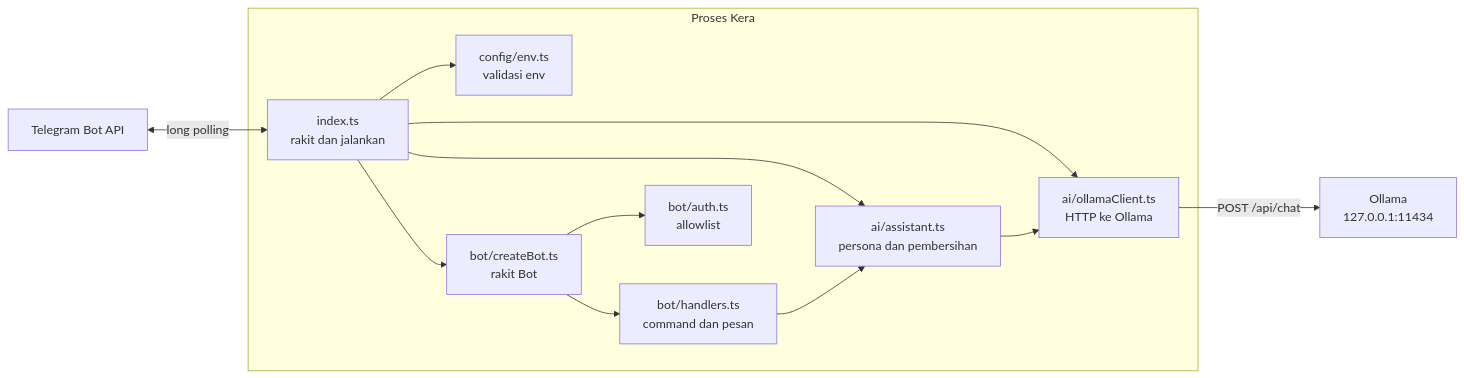
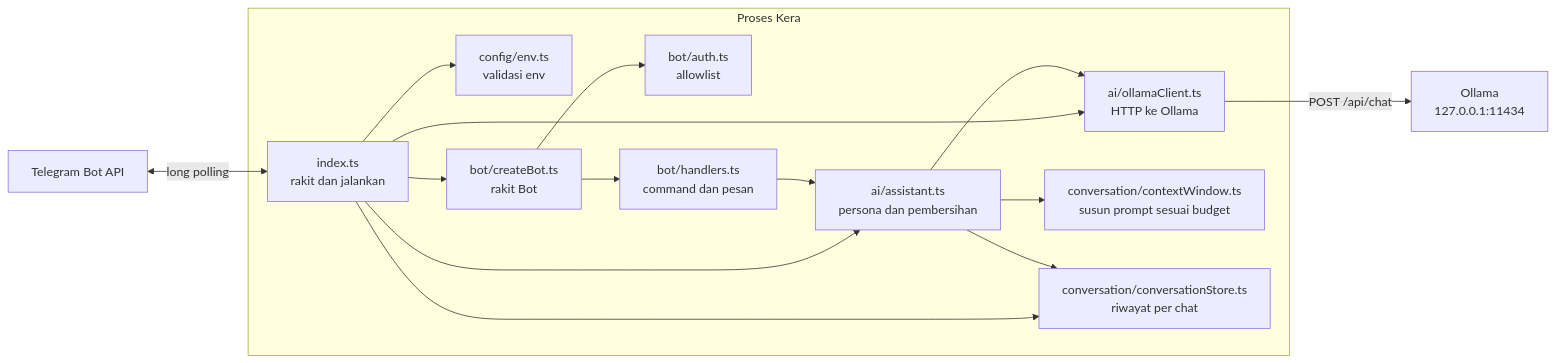
The diagram in docs/learning/02-application-architecture.md (yusufwdn/kera), drawn with Mermaid before and after one commit. The commit also changed other lines of this file and 6 other files, not shown here.

````diff
--- a/docs/learning/02-application-architecture.md
+++ b/docs/learning/02-application-architecture.md
@@ -8,25 +8,30 @@
 ```mermaid
 flowchart LR
   TG[Telegram Bot API] <-->|long polling| IDX
   OL[Ollama<br/>127.0.0.1:11434]
 
   subgraph Proses Kera
     IDX[index.ts<br/>rakit dan jalankan]
     CFG[config/env.ts<br/>validasi env]
     BOT[bot/createBot.ts<br/>rakit Bot]
     AUTH[bot/auth.ts<br/>allowlist]
     HND[bot/handlers.ts<br/>command dan pesan]
     AST[ai/assistant.ts<br/>persona dan pembersihan]
     OC[ai/ollamaClient.ts<br/>HTTP ke Ollama]
+    CW[conversation/contextWindow.ts<br/>susun prompt sesuai budget]
+    CS[conversation/conversationStore.ts<br/>riwayat per chat]
     IDX --> CFG
     IDX --> OC
+    IDX --> CS
     IDX --> AST
     IDX --> BOT
     BOT --> AUTH
     BOT --> HND
     HND --> AST
+    AST --> CW
+    AST --> CS
     AST --> OC
   end
 
   OC -->|POST /api/chat| OL
 ```
````
